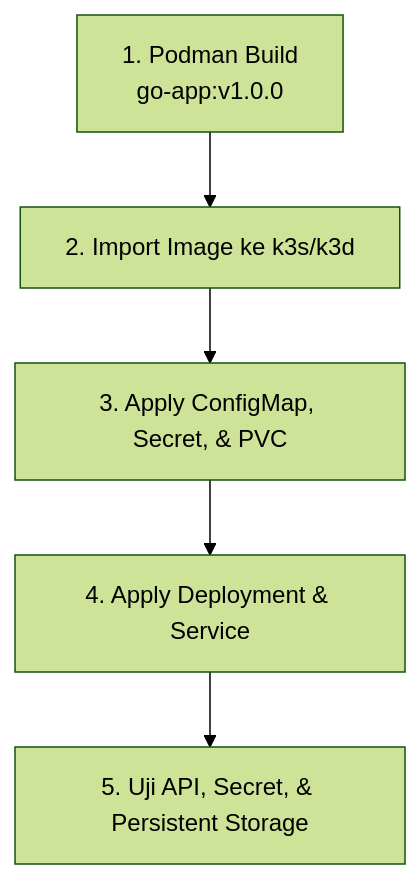
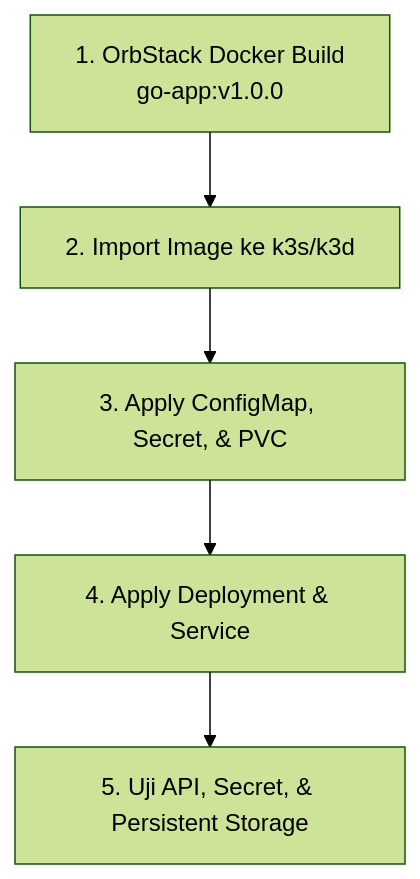
The diagram in minggu-02/04-lab-deploy-go-app.md (mrmuzma07/gh-devOpsTraining), drawn with Mermaid (forest theme) before and after one commit. The commit also changed other lines of this file and 8 other files, not shown here.

Commit message:
update with OrbStack

````diff
--- a/minggu-02/04-lab-deploy-go-app.md
+++ b/minggu-02/04-lab-deploy-go-app.md
@@ -9,7 +9,7 @@
 ```mermaid
 graph TD
-    Build[1. Podman Build\ngo-app:v1.0.0] --> Import[2. Import Image ke k3s/k3d]
+    Build[1. OrbStack Docker Build\ngo-app:v1.0.0] --> Import[2. Import Image ke k3s/k3d]
     Import --> ApplyConfig[3. Apply ConfigMap, Secret, & PVC]
     ApplyConfig --> ApplyDeploy[4. Apply Deployment & Service]
     ApplyDeploy --> Test[5. Uji API, Secret, & Persistent Storage]
 ```
````
